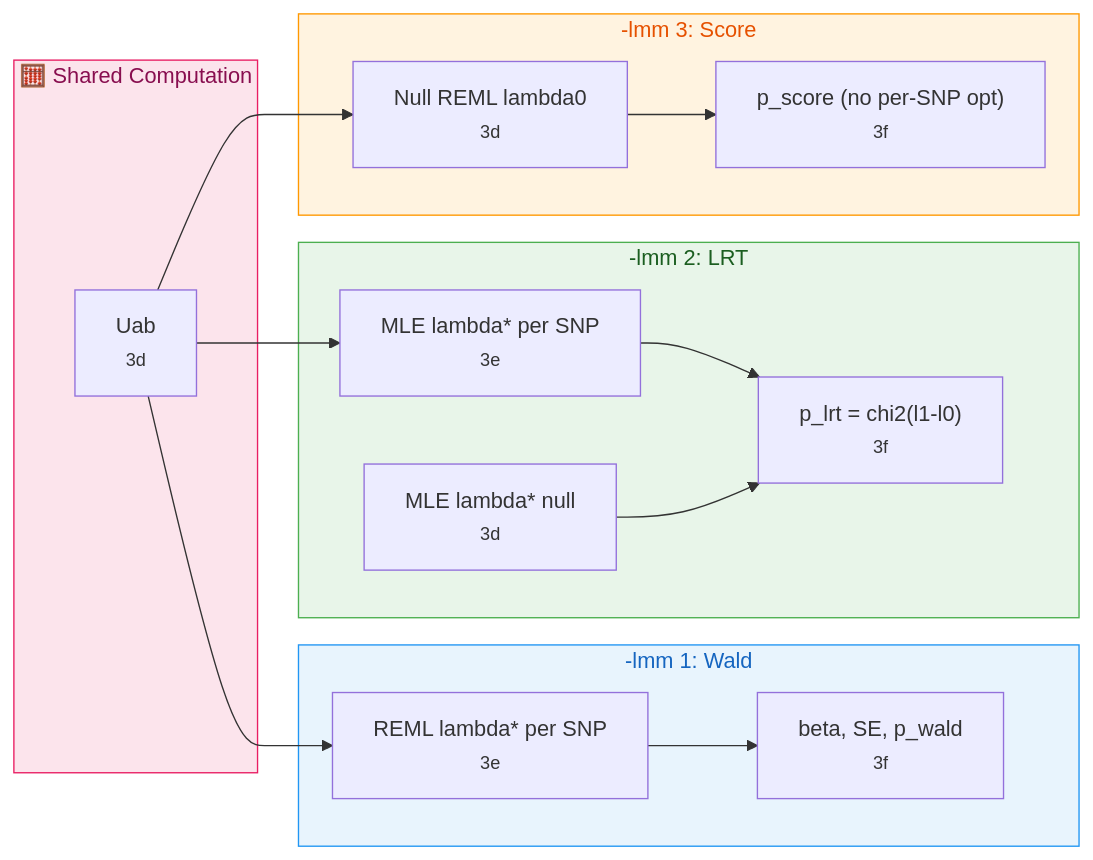
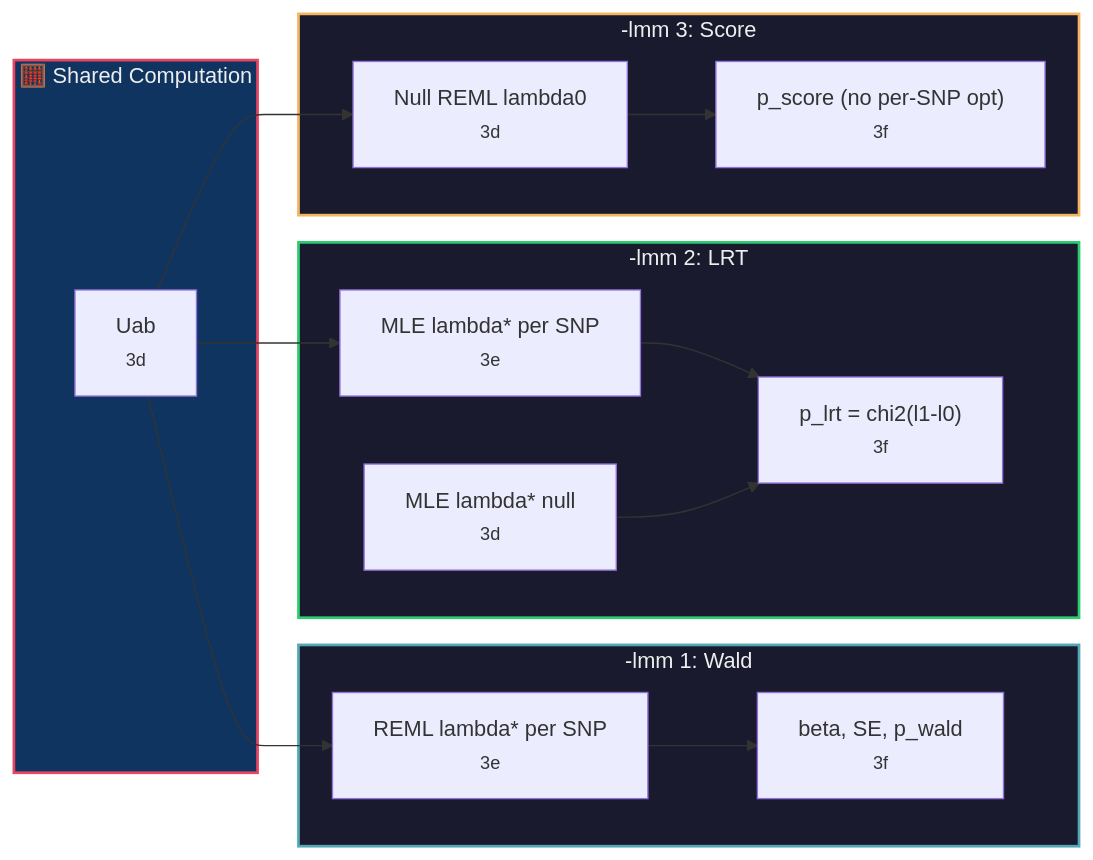
One commit to michael-denyer/jamma changed the third of 5 diagrams in docs/CODEMAP.md. Above: the diagram before and after it, drawn with Mermaid. The commit also changed other lines of this file and 3 other files, not shown here.

First line of the commit message:
docs: high contrast mermaid diagrams with layered subgraph architecture

````diff
--- a/docs/CODEMAP.md
+++ b/docs/CODEMAP.md
@@ -347,32 +347,32 @@
 ```mermaid
 flowchart LR
     subgraph Input["🧮 Shared Computation"]
         UAB["Uab<br/><small>3d</small>"]
     end
 
     subgraph Wald["-lmm 1: Wald"]
         REML1["REML lambda* per SNP<br/><small>3e</small>"]
         W1["beta, SE, p_wald<br/><small>3f</small>"]
     end
 
     subgraph LRT["-lmm 2: LRT"]
         MLE1["MLE lambda* per SNP<br/><small>3e</small>"]
         MLE0["MLE lambda* null<br/><small>3d</small>"]
         L1["p_lrt = chi2(l1-l0)<br/><small>3f</small>"]
     end
 
     subgraph Score["-lmm 3: Score"]
         NULL["Null REML lambda0<br/><small>3d</small>"]
         SC["p_score (no per-SNP opt)<br/><small>3f</small>"]
     end
 
     UAB --> REML1 --> W1
     UAB --> MLE1 --> L1
     MLE0 --> L1
     UAB --> NULL --> SC
 
-    style Input fill:#fce4ec,stroke:#e91e63,color:#880e4f
-    style Wald fill:#e8f4fd,stroke:#2196f3,color:#1565c0
-    style LRT fill:#e8f5e9,stroke:#4caf50,color:#1b5e20
-    style Score fill:#fff3e0,stroke:#ff9800,color:#e65100
+    style Input fill:#0f3460,stroke:#e94560,color:#eee,stroke-width:2px
+    style Wald fill:#1a1a2e,stroke:#53a8b6,color:#eee,stroke-width:2px
+    style LRT fill:#1a1a2e,stroke:#2ecc71,color:#eee,stroke-width:2px
+    style Score fill:#1a1a2e,stroke:#f5b461,color:#eee,stroke-width:2px
 ```
````
